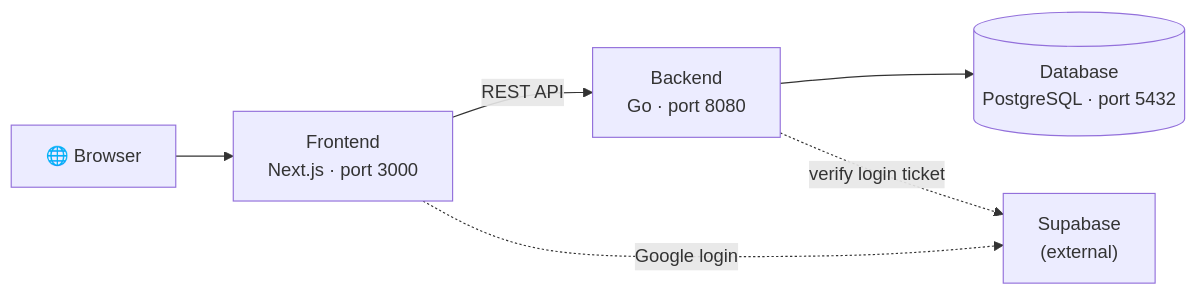
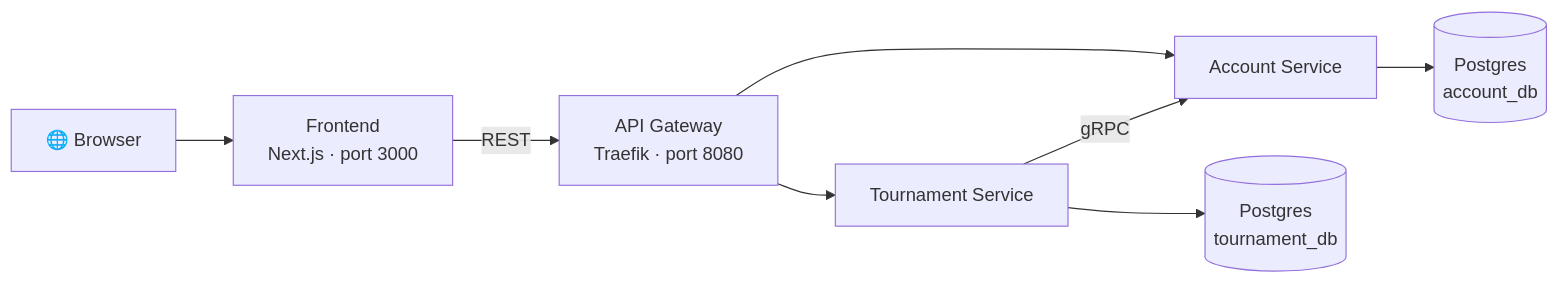
Before and after one commit to moomaideng/eventory: the diagram in README.md, drawn with Mermaid. The commit also changed other lines of this file and 33 other files, not shown here.

````diff
--- a/README.md
+++ b/README.md
@@ -11,8 +11,10 @@
 ```mermaid
 flowchart LR
     Browser["🌐 Browser"] --> FE["Frontend<br/>Next.js · port 3000"]
-    FE -->|REST API| BE["Backend<br/>Go · port 8080"]
-    BE --> DB[("Database<br/>PostgreSQL · port 5432")]
-    FE -.->|Google login| SB["Supabase<br/>(external)"]
-    BE -.->|verify login ticket| SB
+    FE -->|REST| GW["API Gateway<br/>Traefik · port 8080"]
+    GW --> ACC["Account Service"]
+    GW --> TOUR["Tournament Service"]
+    ACC --> PG[("Postgres<br/>account_db")]
+    TOUR --> PG2[("Postgres<br/>tournament_db")]
+    TOUR -->|gRPC| ACC
 ```
````
